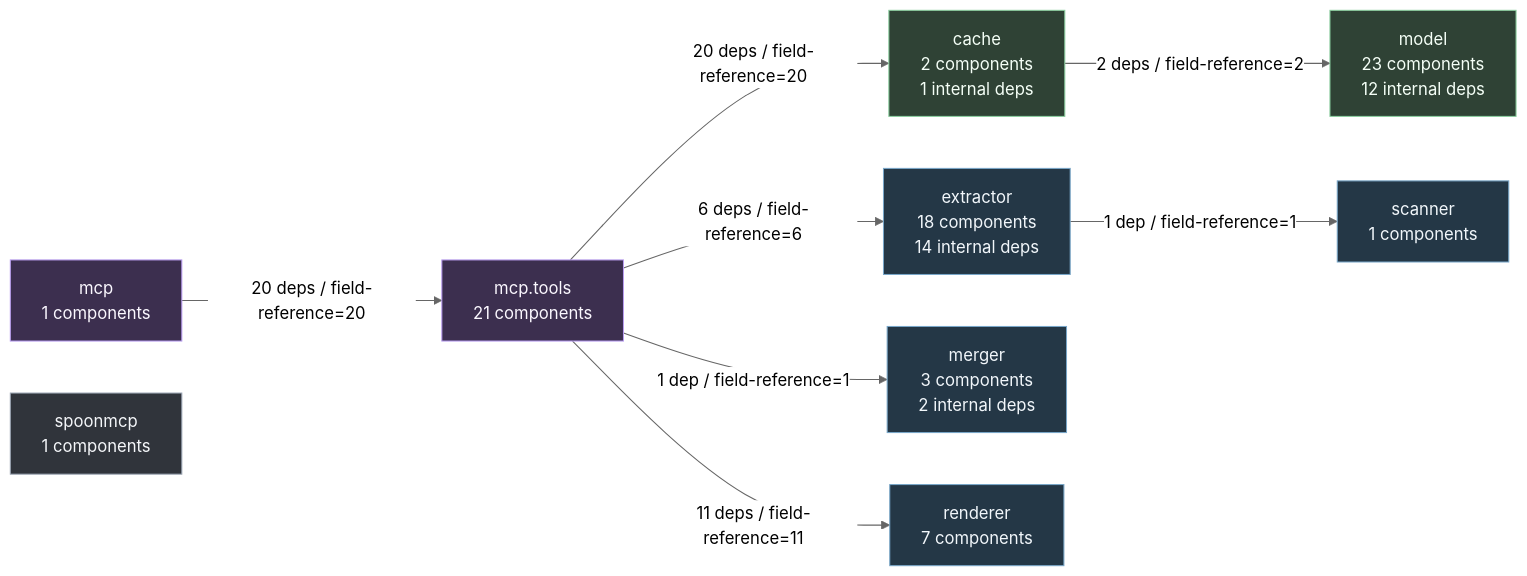
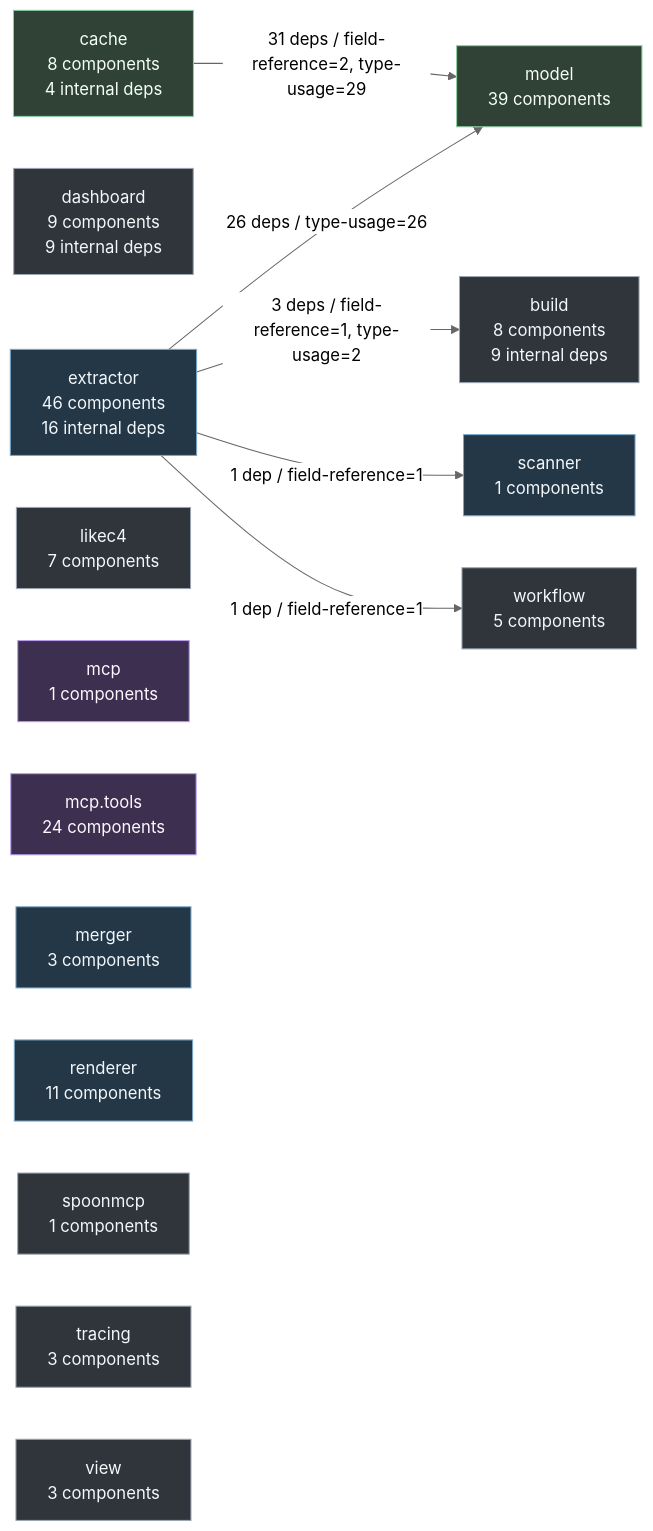
Before and after one commit to DerPate/archlens: the fifth of 5 diagrams in docs/ARCHITECTURE.md, drawn with Mermaid (neutral theme). The commit also changed other lines of this file and 524 other files, not shown here.

````diff
--- a/docs/ARCHITECTURE.md
+++ b/docs/ARCHITECTURE.md
@@ -663,32 +834,42 @@
 ```mermaid
 flowchart LR
-    dep_cache["cache\n2 components\n1 internal deps"]
-    dep_extractor["extractor\n18 components\n14 internal deps"]
+    dep_build["build\n8 components\n9 internal deps"]
+    dep_cache["cache\n8 components\n4 internal deps"]
+    dep_dashboard["dashboard\n9 components\n9 internal deps"]
+    dep_extractor["extractor\n46 components\n16 internal deps"]
+    dep_likec4["likec4\n7 components"]
     dep_mcp["mcp\n1 components"]
-    dep_mcp_tools["mcp.tools\n21 components"]
-    dep_merger["merger\n3 components\n2 internal deps"]
-    dep_model["model\n23 components\n12 internal deps"]
-    dep_renderer["renderer\n7 components"]
+    dep_mcp_tools["mcp.tools\n24 components"]
+    dep_merger["merger\n3 components"]
+    dep_model["model\n39 components"]
+    dep_renderer["renderer\n11 components"]
     dep_scanner["scanner\n1 components"]
     dep_spoonmcp["spoonmcp\n1 components"]
-    dep_cache -->|2 deps / field-reference=2| dep_model
+    dep_tracing["tracing\n3 components"]
+    dep_view["view\n3 components"]
+    dep_workflow["workflow\n5 components"]
+    dep_cache -->|31 deps / field-reference=2, type-usage=29| dep_model
+    dep_extractor -->|3 deps / field-reference=1, type-usage=2| dep_build
+    dep_extractor -->|26 deps / type-usage=26| dep_model
     dep_extractor -->|1 dep / field-reference=1| dep_scanner
-    dep_mcp -->|20 deps / field-reference=20| dep_mcp_tools
-    dep_mcp_tools -->|20 deps / field-reference=20| dep_cache
-    dep_mcp_tools -->|6 deps / field-reference=6| dep_extractor
-    dep_mcp_tools -->|1 dep / field-reference=1| dep_merger
-    dep_mcp_tools -->|11 deps / field-reference=11| dep_renderer
+    dep_extractor -->|1 dep / field-reference=1| dep_workflow
     classDef core fill:#243746,stroke:#78a6c8,color:#f2f7fb
     classDef boundary fill:#3c2f4f,stroke:#b99df0,color:#fbf8ff
     classDef data fill:#2f4235,stroke:#8bcf9f,color:#f5fff7
     classDef default fill:#30343b,stroke:#9aa4b2,color:#f5f7fa
+    class dep_build default
     class dep_cache data
+    class dep_dashboard default
     class dep_extractor core
+    class dep_likec4 default
     class dep_mcp boundary
     class dep_mcp_tools boundary
     class dep_merger core
     class dep_model data
     class dep_renderer core
     class dep_scanner core
     class dep_spoonmcp default
+    class dep_tracing default
+    class dep_view default
+    class dep_workflow default
 ```
````
